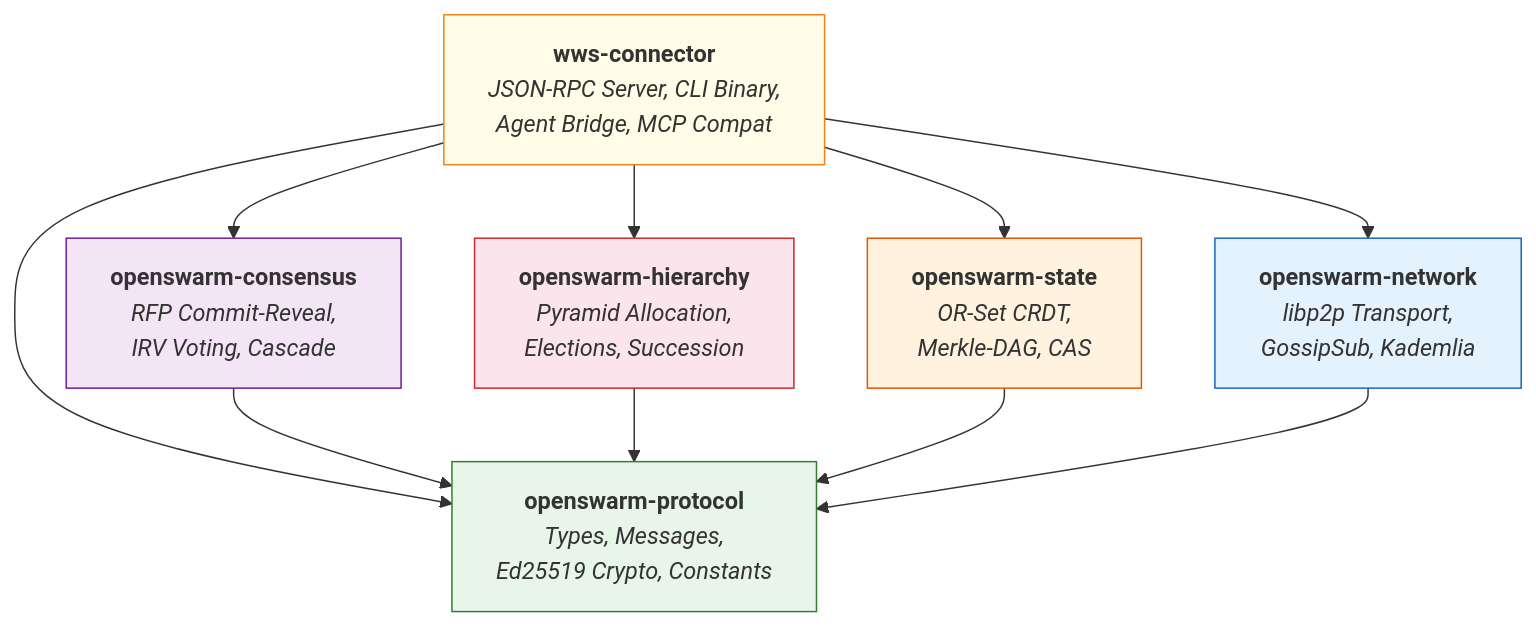
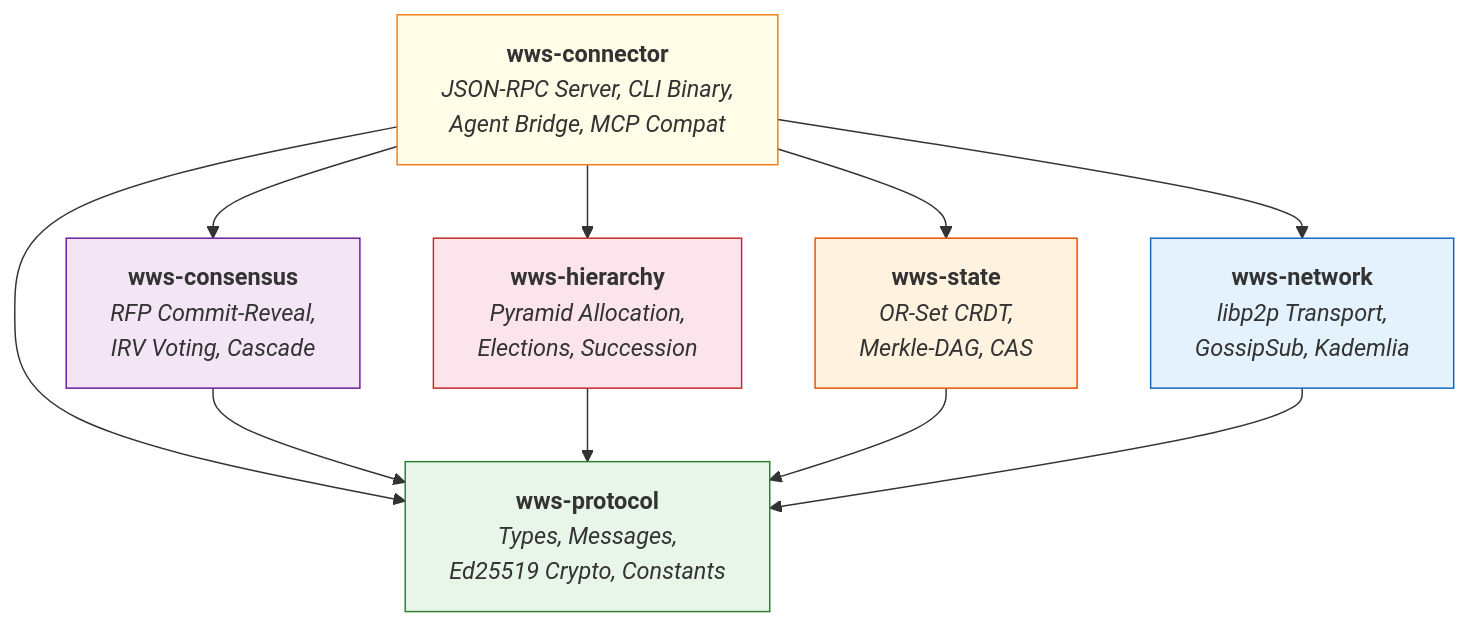
Before and after one commit to Good-karma-lab/World-Wide-Swarm-Protocol: the first of 3 diagrams in docs/Architecture.md, drawn with Mermaid. The commit also changed other lines of this file and 11 other files, not shown here.

````diff
--- a/docs/Architecture.md
+++ b/docs/Architecture.md
@@ -22,26 +22,26 @@
 ```mermaid
 graph TD
     CONN["<b>wws-connector</b><br/><i>JSON-RPC Server, CLI Binary,<br/>Agent Bridge, MCP Compat</i>"]
-    CONS["<b>openswarm-consensus</b><br/><i>RFP Commit-Reveal,<br/>IRV Voting, Cascade</i>"]
-    HIER["<b>openswarm-hierarchy</b><br/><i>Pyramid Allocation,<br/>Elections, Succession</i>"]
-    STATE["<b>openswarm-state</b><br/><i>OR-Set CRDT,<br/>Merkle-DAG, CAS</i>"]
-    NET["<b>openswarm-network</b><br/><i>libp2p Transport,<br/>GossipSub, Kademlia</i>"]
-    PROTO["<b>openswarm-protocol</b><br/><i>Types, Messages,<br/>Ed25519 Crypto, Constants</i>"]
+    CONS["<b>wws-consensus</b><br/><i>RFP Commit-Reveal,<br/>IRV Voting, Cascade</i>"]
+    HIER["<b>wws-hierarchy</b><br/><i>Pyramid Allocation,<br/>Elections, Succession</i>"]
+    STATE["<b>wws-state</b><br/><i>OR-Set CRDT,<br/>Merkle-DAG, CAS</i>"]
+    NET["<b>wws-network</b><br/><i>libp2p Transport,<br/>GossipSub, Kademlia</i>"]
+    PROTO["<b>wws-protocol</b><br/><i>Types, Messages,<br/>Ed25519 Crypto, Constants</i>"]
 
     CONN --> CONS
     CONN --> HIER
     CONN --> STATE
     CONN --> NET
     CONN --> PROTO
     CONS --> PROTO
     HIER --> PROTO
     STATE --> PROTO
     NET --> PROTO
 
     style PROTO fill:#e8f5e9,stroke:#2e7d32
     style NET fill:#e3f2fd,stroke:#1565c0
     style STATE fill:#fff3e0,stroke:#e65100
     style HIER fill:#fce4ec,stroke:#c62828
     style CONS fill:#f3e5f5,stroke:#6a1b9a
     style CONN fill:#fffde7,stroke:#f57f17
 ```
````
